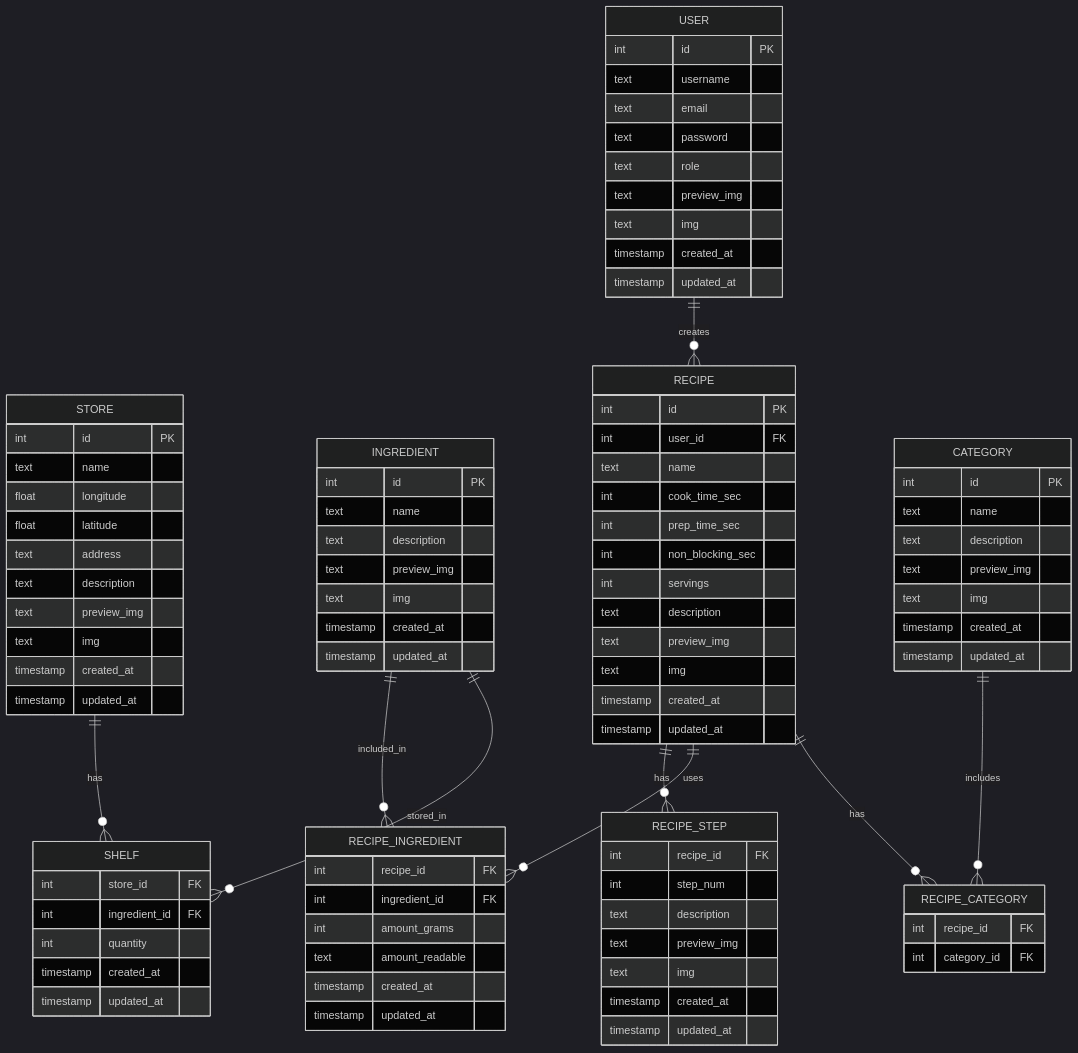
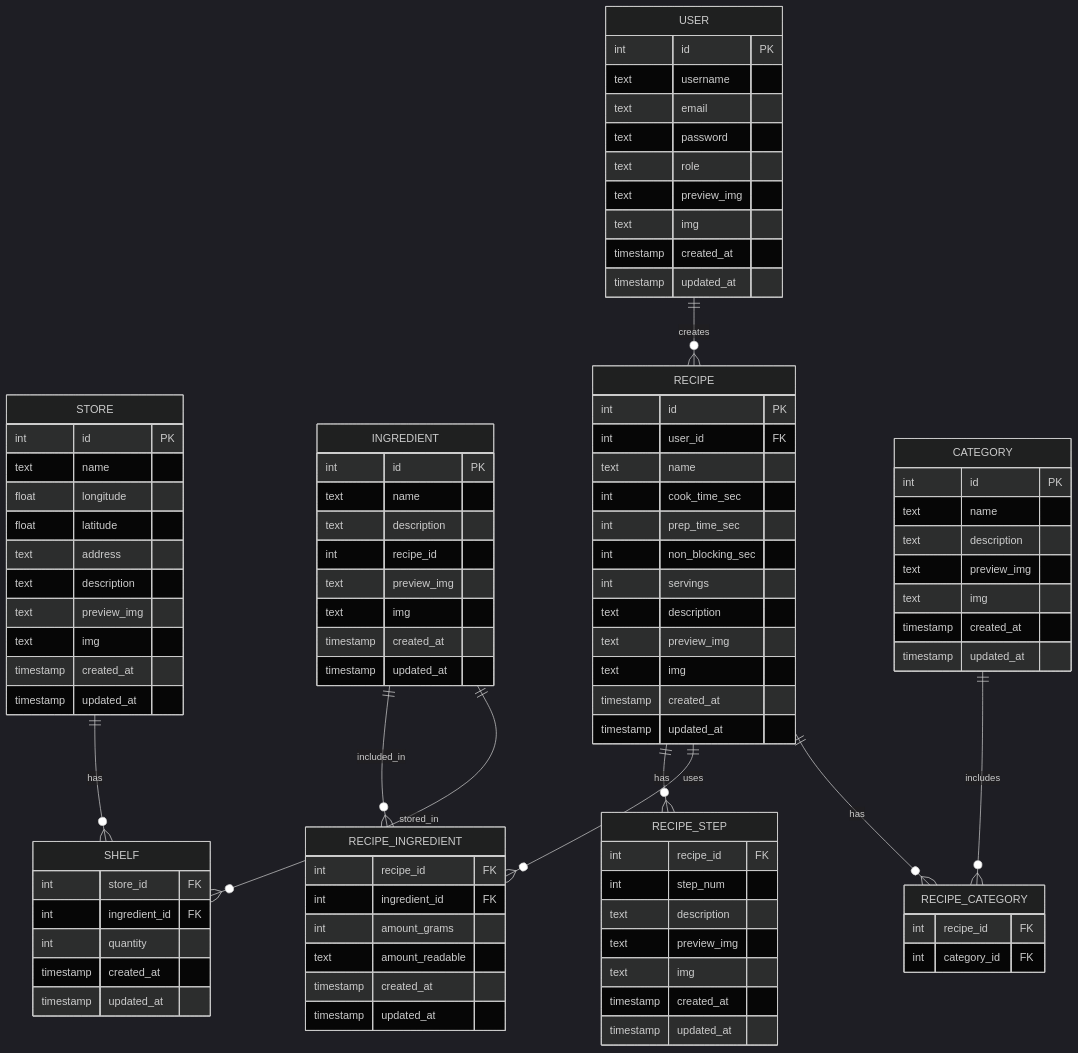
Before and after one commit to docuisine/docuisine: the diagram in docs/docs/contributing/artifacts/database.md, drawn with Mermaid (dark theme). The commit also changed 1 other file, not shown here.

Commit message:
feat: add recipe_id to for an ingredient (if applicable/optional)

```diff
--- a/docs/docs/contributing/artifacts/database.md
+++ b/docs/docs/contributing/artifacts/database.md
@@ -34,6 +34,7 @@
         int id PK
         text name
         text description
+        int recipe_id
         text preview_img
         text img
         timestamp created_at
```
